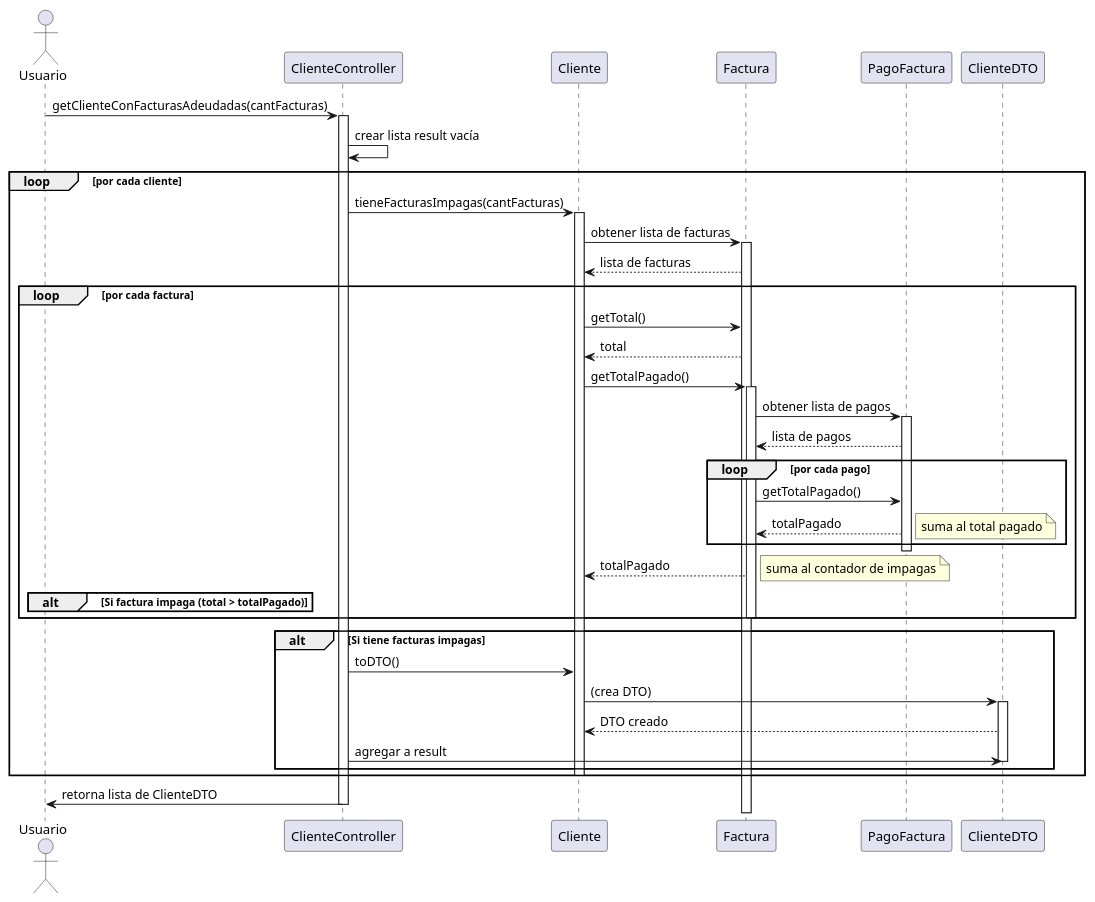
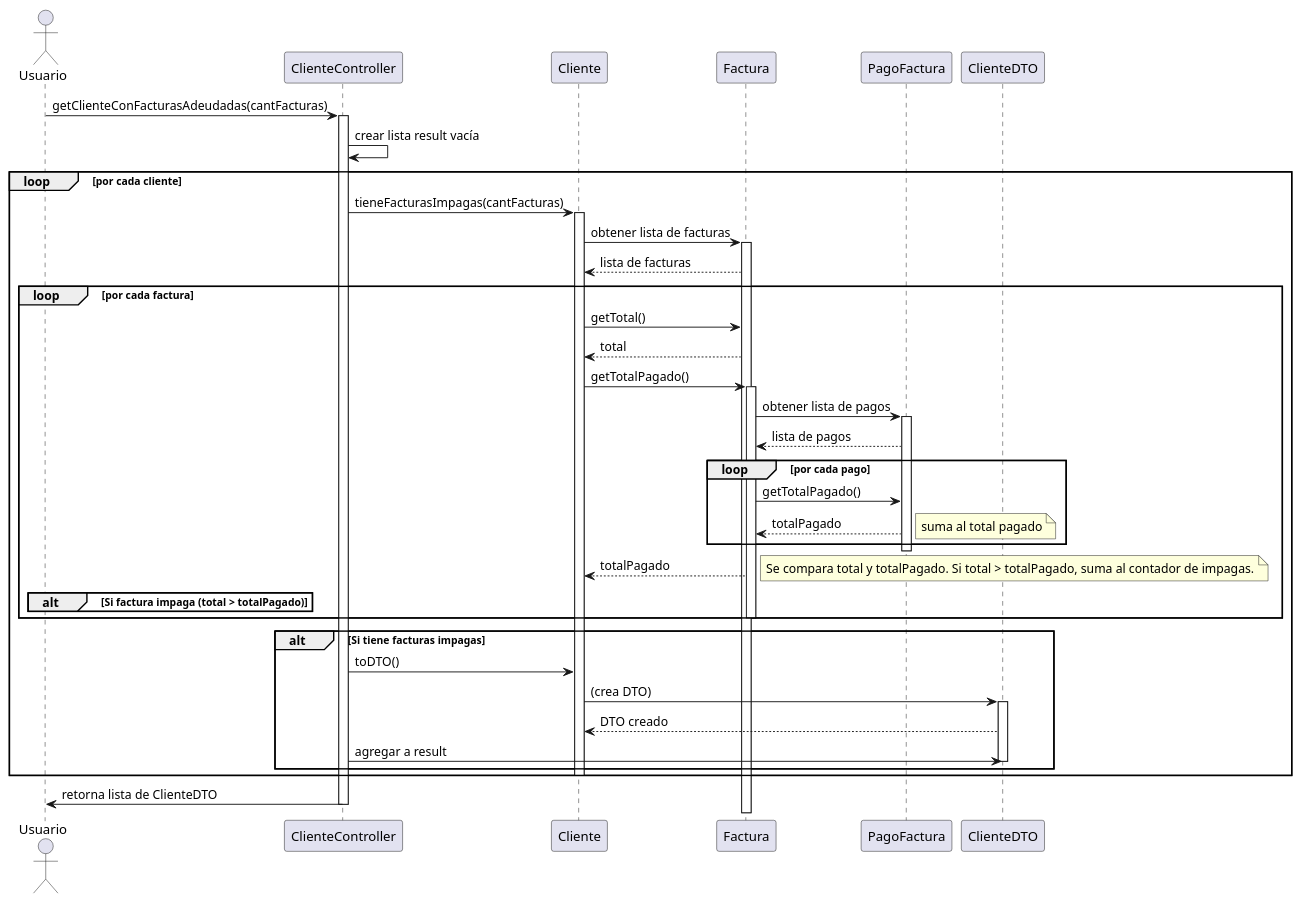
Before and after one commit to CoachEmilio/SimulacroPOO: the diagram in src/main/java/diagrams/getCilenteConFacturasAdeudadas.puml, drawn with PlantUML. The commit also changed 5 other files, not shown here.

```diff
--- a/src/main/java/diagrams/getCilenteConFacturasAdeudadas.puml
+++ b/src/main/java/diagrams/getCilenteConFacturasAdeudadas.puml
@@ -1,50 +1,50 @@
 @startuml
 actor Usuario
 participant ClienteController
 participant Cliente
 participant Factura
 participant PagoFactura
 participant ClienteDTO
 
 Usuario -> ClienteController: getClienteConFacturasAdeudadas(cantFacturas)
 activate ClienteController
 ClienteController -> ClienteController: crear lista result vacía
 loop por cada cliente
     ClienteController -> Cliente: tieneFacturasImpagas(cantFacturas)
     activate Cliente
     Cliente -> Factura: obtener lista de facturas
     activate Factura
     Factura --> Cliente: lista de facturas
     loop por cada factura
         Cliente -> Factura: getTotal()
         Factura --> Cliente: total
         Cliente -> Factura: getTotalPagado()
         activate Factura
         Factura -> PagoFactura: obtener lista de pagos
         activate PagoFactura
         PagoFactura --> Factura: lista de pagos
         loop por cada pago
             Factura -> PagoFactura: getTotalPagado()
             PagoFactura --> Factura: totalPagado
             note right: suma al total pagado
         end
         deactivate PagoFactura
         Factura --> Cliente: totalPagado
         alt Si factura impaga (total > totalPagado)
-            note right: suma al contador de impagas
+            note right: Se compara total y totalPagado. Si total > totalPagado, suma al contador de impagas.
         end
         deactivate Factura
     end
     alt Si tiene facturas impagas
         ClienteController -> Cliente: toDTO()
         Cliente -> ClienteDTO: (crea DTO)
         activate ClienteDTO
         ClienteDTO --> Cliente: DTO creado
         ClienteController -> ClienteDTO: agregar a result
         deactivate ClienteDTO
     end
     deactivate Cliente
 end
 ClienteController -> Usuario: retorna lista de ClienteDTO
 deactivate ClienteController
 @enduml
```
